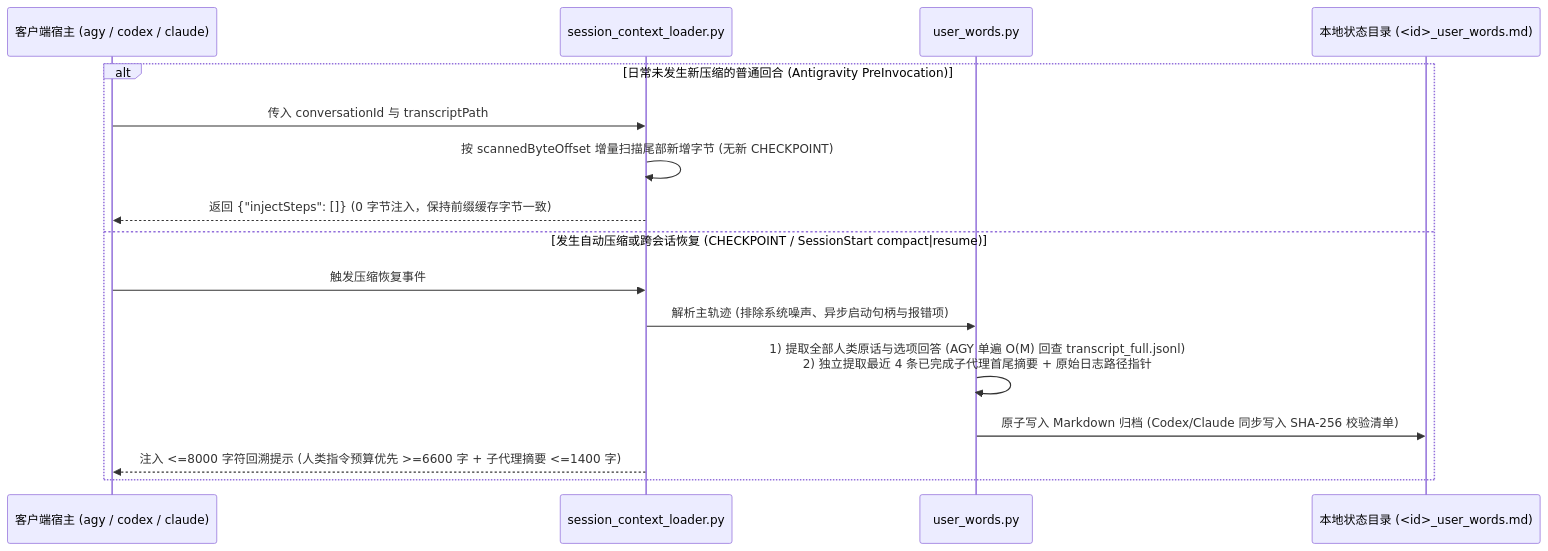
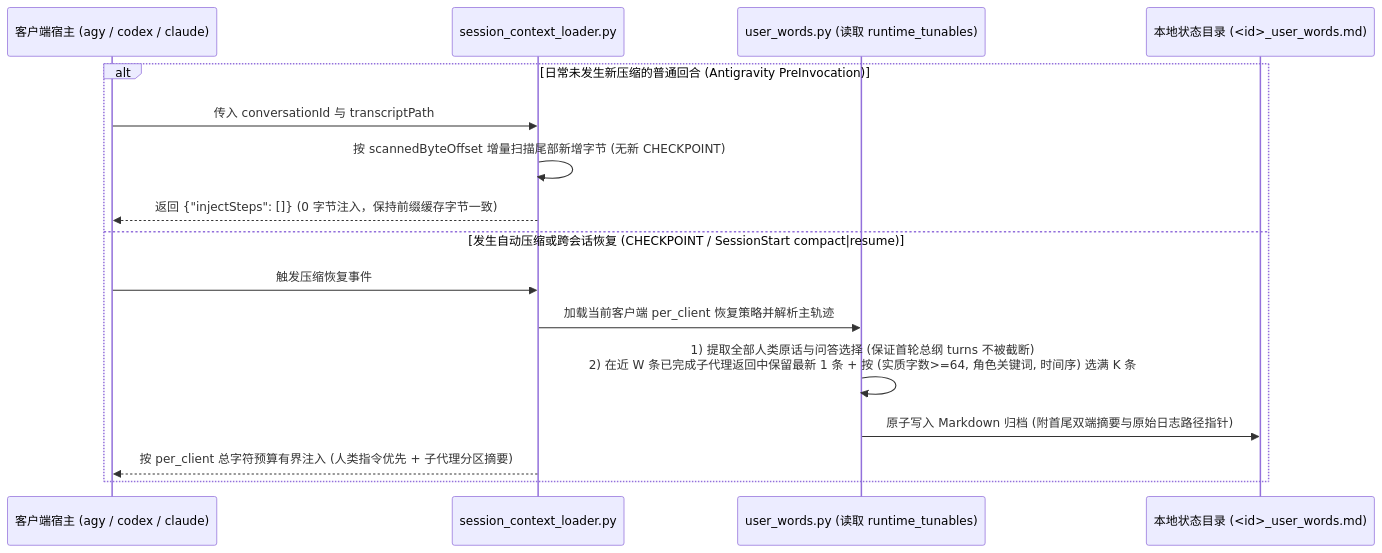
Before and after one commit to Xinyu-Li-1997/Antigravity_Codex_ClaudeCode_DeepSeekHarness: the diagram in docs/architecture-and-hooks.md, drawn with Mermaid. The commit also changed other lines of this file and 24 other files, not shown here.

Commit message:
feat(v1.13.0): 动态收口五角色与 runtime_tunables、新增零黑名单事实锚定与双工作区隔离及 CSC 资助致谢

````diff
--- a/docs/architecture-and-hooks.md
+++ b/docs/architecture-and-hooks.md
@@ -32,19 +41,19 @@
 ```mermaid
 sequenceDiagram
     participant Host as 客户端宿主 (agy / codex / claude)
     participant Loader as session_context_loader.py
-    participant Parser as user_words.py
+    participant Parser as user_words.py (读取 runtime_tunables)
     participant Disk as 本地状态目录 (<id>_user_words.md)
 
     alt 日常未发生新压缩的普通回合 (Antigravity PreInvocation)
         Host->>Loader: 传入 conversationId 与 transcriptPath
         Loader->>Loader: 按 scannedByteOffset 增量扫描尾部新增字节 (无新 CHECKPOINT)
         Loader-->>Host: 返回 {"injectSteps": []} (0 字节注入，保持前缀缓存字节一致)
     else 发生自动压缩或跨会话恢复 (CHECKPOINT / SessionStart compact|resume)
         Host->>Loader: 触发压缩恢复事件
-        Loader->>Parser: 解析主轨迹 (排除系统噪声、异步启动句柄与报错项)
-        Parser->>Parser: 1) 提取全部人类原话与选项回答 (AGY 单遍 O(M) 回查 transcript_full.jsonl)<br/>2) 独立提取最近 4 条已完成子代理首尾摘要 + 原始日志路径指针
-        Parser->>Disk: 原子写入 Markdown 归档 (Codex/Claude 同步写入 SHA-256 校验清单)
-        Loader-->>Host: 注入 <=8000 字符回溯提示 (人类指令预算优先 >=6600 字 + 子代理摘要 <=1400 字)
+        Loader->>Parser: 加载当前客户端 per_client 恢复策略并解析主轨迹
+        Parser->>Parser: 1) 提取全部人类原话与问答选择 (保证首轮总纲 turns 不被截断)<br/>2) 在近 W 条已完成子代理返回中保留最新 1 条 + 按 (实质字数>=64, 角色关键词, 时间序) 选满 K 条
+        Parser->>Disk: 原子写入 Markdown 归档 (附首尾双端摘要与原始日志路径指针)
+        Loader-->>Host: 按 per_client 总字符预算有界注入 (人类指令优先 + 子代理分区摘要)
     end
 ```
````
